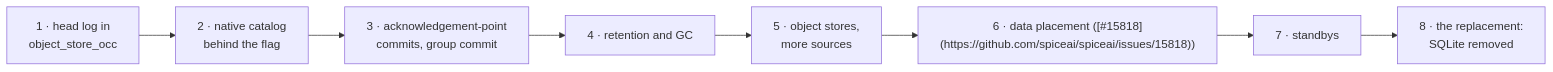
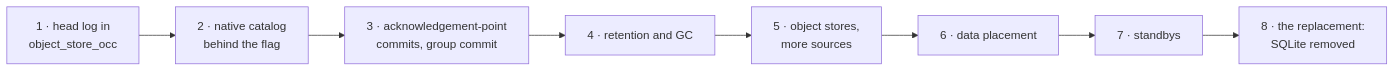
One commit to spiceai/spiceai changed the fifth of 5 diagrams in docs/design/object-native-metastore-technical.md. Above: the diagram before and after it, drawn with Mermaid. The commit also changed other lines of this file and 2 other files, not shown here.

First line of the commit message:
docs(design): object-native data in the metastore design (#16241)

````diff
--- a/docs/design/object-native-metastore-technical.md
+++ b/docs/design/object-native-metastore-technical.md
@@ -1261,10 +1842,10 @@
 ```mermaid
 flowchart LR
     S1["1 · head log in<br/>object_store_occ"] --> S2["2 · native catalog<br/>behind the flag"]
     S2 --> S3["3 · acknowledgement-point<br/>commits, group commit"]
     S3 --> S4["4 · retention and GC"]
     S4 --> S5["5 · object stores,<br/>more sources"]
-    S5 --> S6["6 · data placement ([#15818](https://github.com/spiceai/spiceai/issues/15818))"]
+    S5 --> S6["6 · data placement"]
     S6 --> S7["7 · standbys"]
     S7 --> S8["8 · the replacement:<br/>SQLite removed"]
 ```
````
